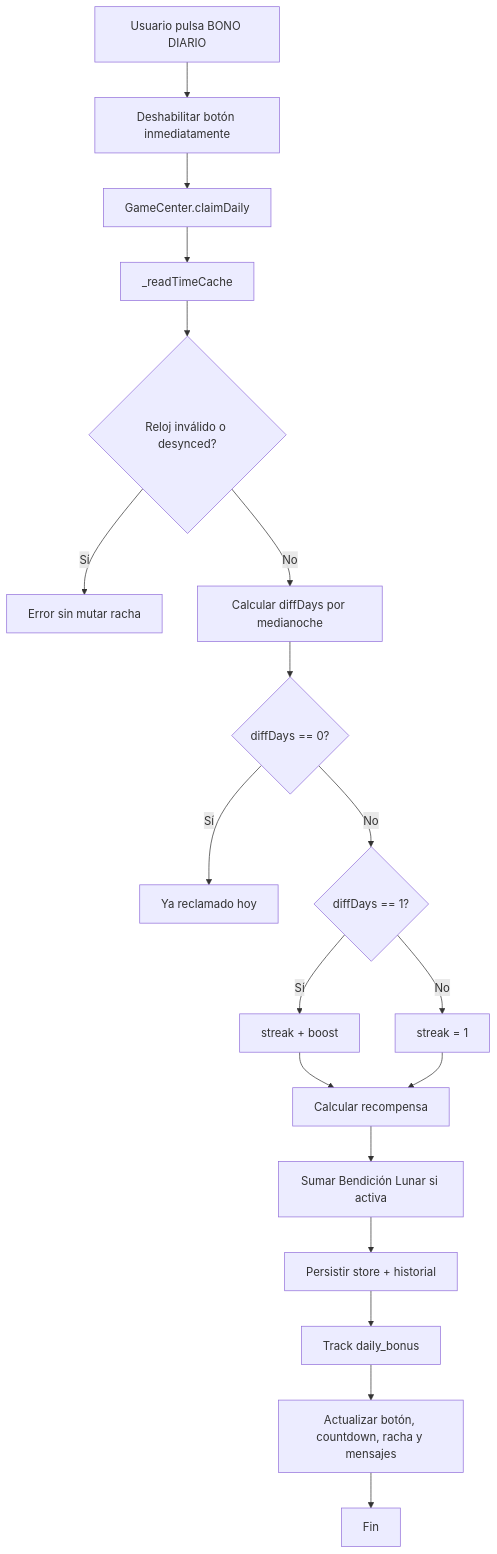
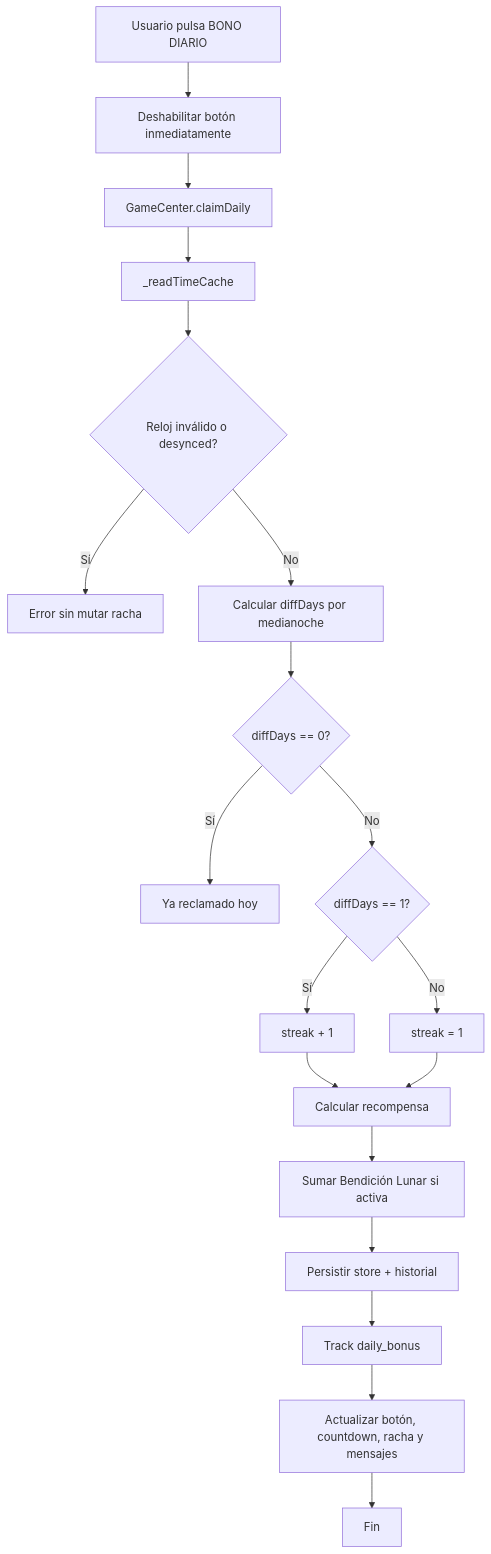
Before and after one commit to LILITHNCL/love_arcade: the diagram in docs/sistema-racha-diaria.md, drawn with Mermaid. The commit also changed other lines of this file and 11 other files, not shown here.

````diff
--- a/docs/sistema-racha-diaria.md
+++ b/docs/sistema-racha-diaria.md
@@ -401,21 +390,21 @@
 ```mermaid
 flowchart TD
   A[Usuario pulsa BONO DIARIO] --> B[Deshabilitar botón inmediatamente]
   B --> C[GameCenter.claimDaily]
   C --> D[_readTimeCache]
   D --> E{Reloj inválido o desynced?}
   E -- Sí --> F[Error sin mutar racha]
   E -- No --> G[Calcular diffDays por medianoche]
   G --> H{diffDays == 0?}
   H -- Sí --> I[Ya reclamado hoy]
   H -- No --> J{diffDays == 1?}
-  J -- Sí --> K[streak + boost]
+  J -- Sí --> K[streak + 1]
   J -- No --> L[streak = 1]
   K --> M[Calcular recompensa]
   L --> M
   M --> N[Sumar Bendición Lunar si activa]
   N --> O[Persistir store + historial]
   O --> P[Track daily_bonus]
   P --> Q[Actualizar botón, countdown, racha y mensajes]
   Q --> R[Fin]
 ```
````
